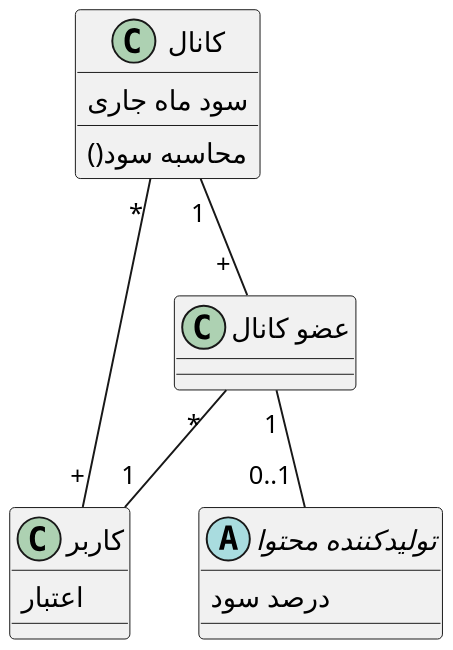
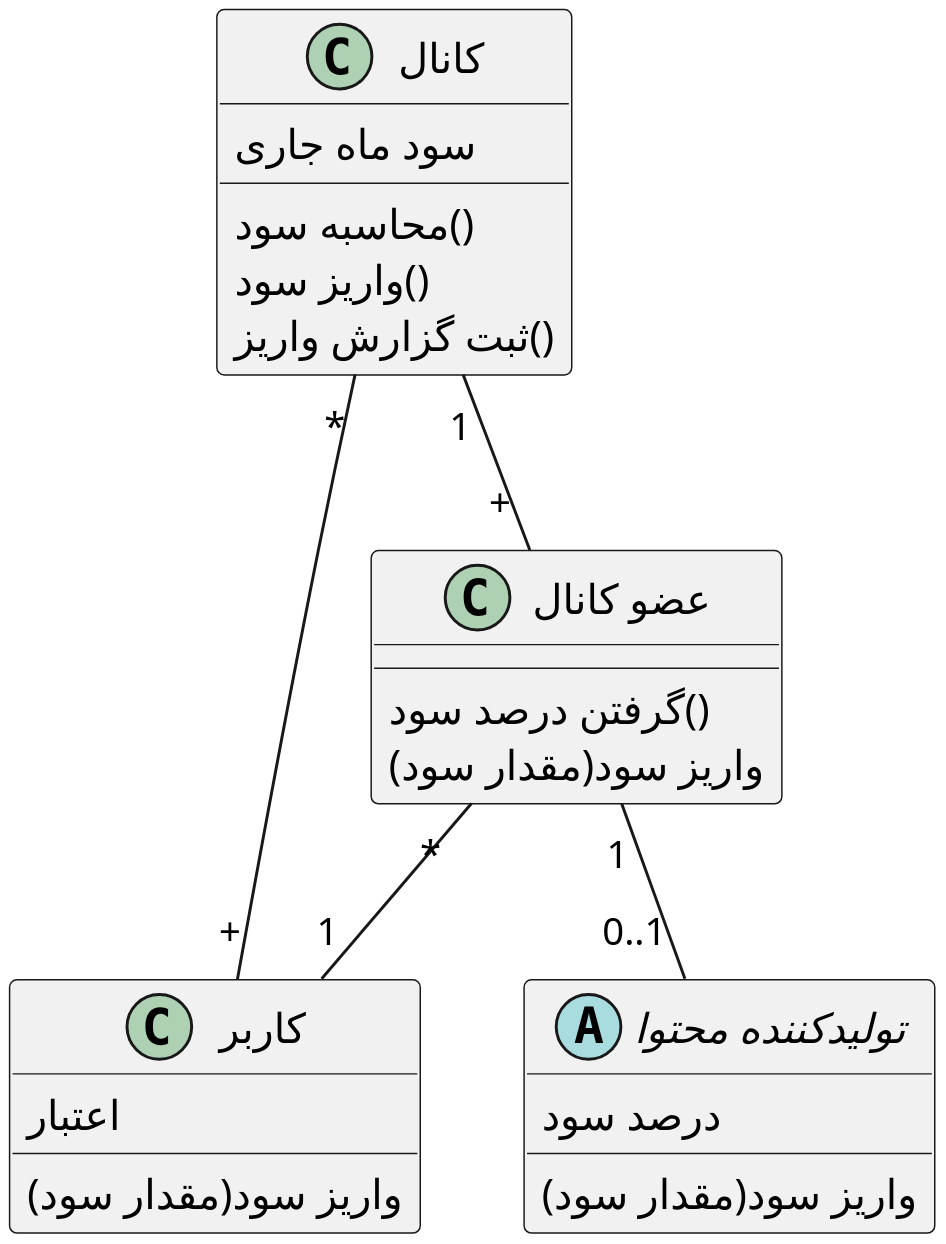
Before and after one commit to soleyman79/Qasedak: the diagram in Diagrams/Class/DepositProfit.puml, drawn with PlantUML. The commit also changed 1 other file, not shown here.

Commit message:
Complete deposit diagram

```diff
--- a/Diagrams/Class/DepositProfit.puml
+++ b/Diagrams/Class/DepositProfit.puml
@@ -1,28 +1,35 @@
 @startuml deposit_profit
 
-scale 2
+
+scale 3
 skinparam DefaultFontName B Nazanin
 skinparam ArrowMessageAlignment right
 
 abstract "تولیدکننده محتوا" as producer {
     درصد سود
+    واریز سود(مقدار سود)
 }
 
 class "کانال" as chanel {
     سود ماه جاری
-    ()محاسبه سود
+    محاسبه سود()
+    واریز سود()
+    ثبت گزارش واریز()
 }
 
 class "کاربر" as user {
     اعتبار
+    واریز سود(مقدار سود)
 }
 
 class "عضو کانال" as member {
+    گرفتن درصد سود()
+    واریز سود(مقدار سود)
 }
 
 chanel "1" -- "             +" member
 member "1" -- "         0..1" producer
 chanel "        *" -- "+" user
 member "                    *" -- "1" user
 
 @enduml
```
